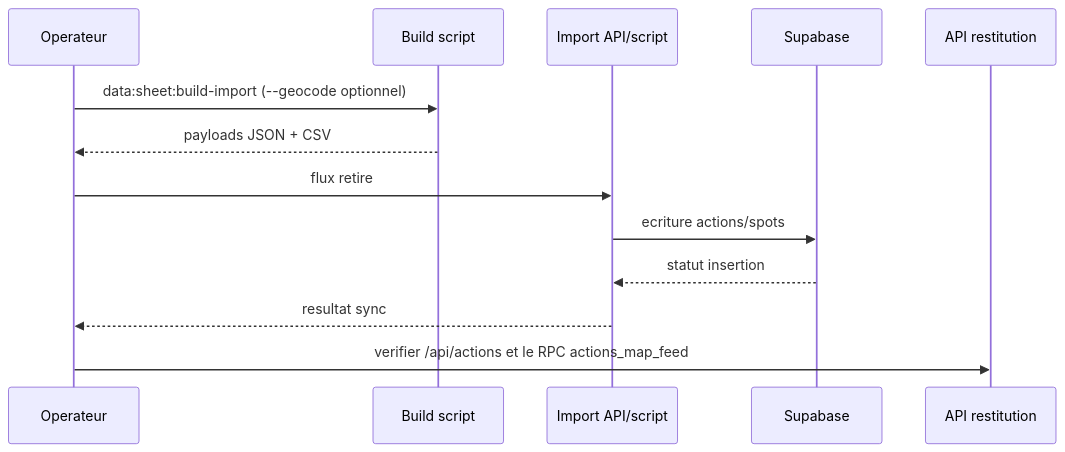
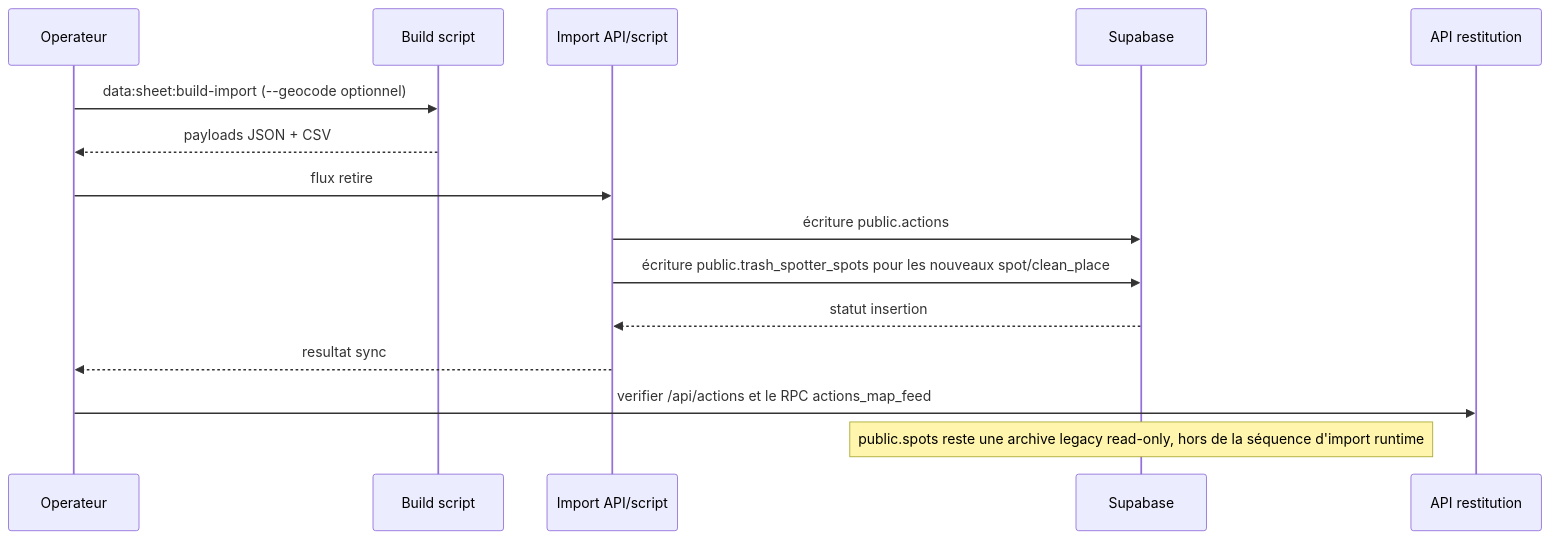
The second of 4 diagrams in documentation/operations/data-import/pipeline-import.md (maxd4/CleanmyMap), drawn with Mermaid before and after one commit. The commit also changed other lines of this file and 1 other file, not shown here.

````diff
--- a/documentation/operations/data-import/pipeline-import.md
+++ b/documentation/operations/data-import/pipeline-import.md
@@ -30,15 +40,17 @@
 ```mermaid
 sequenceDiagram
   participant Ops as Operateur
   participant Build as Build script
   participant Import as Import API/script
   participant DB as Supabase
   participant API as API restitution
   Ops->>Build: data:sheet:build-import (--geocode optionnel)
   Build-->>Ops: payloads JSON + CSV
   Ops->>Import: flux retire
-  Import->>DB: ecriture actions/spots
+  Import->>DB: écriture public.actions
+  Import->>DB: écriture public.trash_spotter_spots pour les nouveaux spot/clean_place
   DB-->>Import: statut insertion
   Import-->>Ops: resultat sync
   Ops->>API: verifier /api/actions et le RPC actions_map_feed
+  Note over DB: public.spots reste une archive legacy read-only, hors de la séquence d'import runtime
 ```
````
